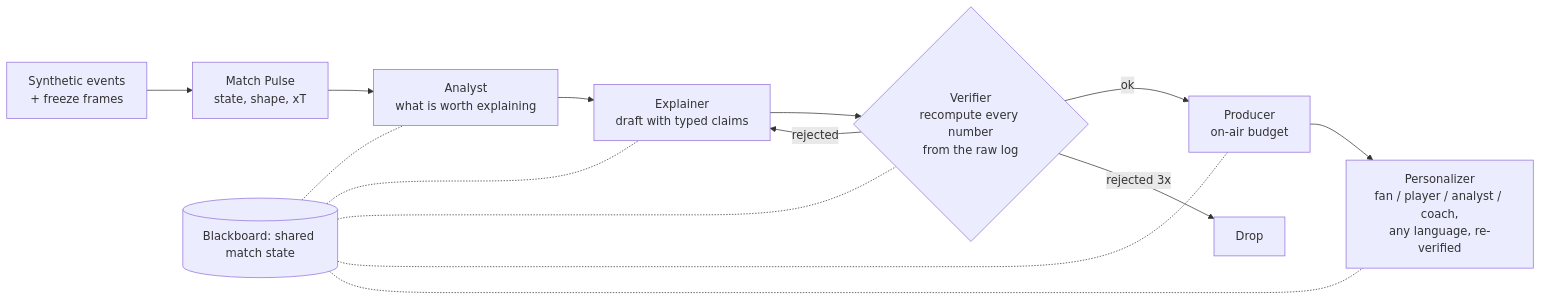
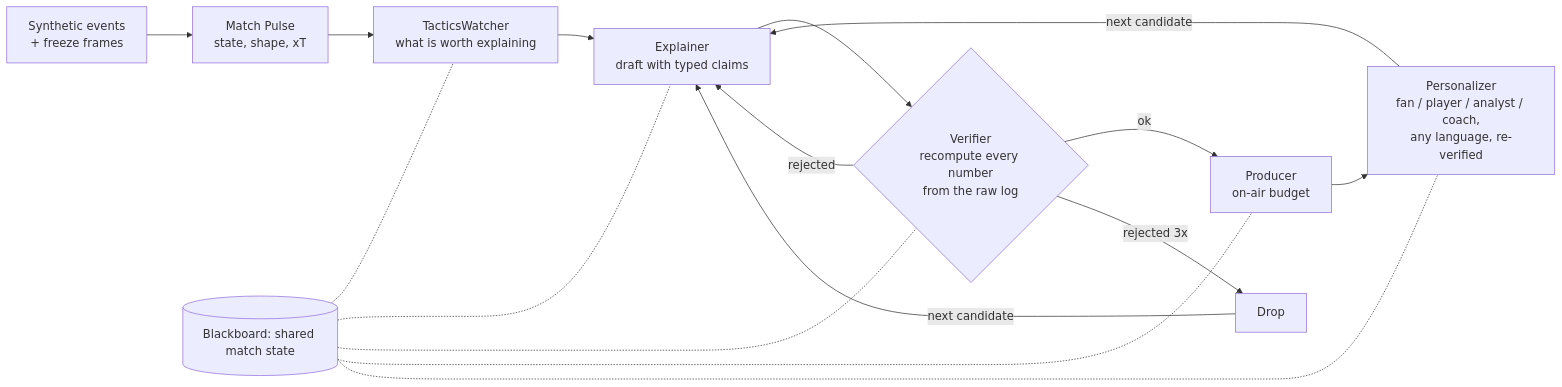
The diagram in README.md (isaacboque/why-it-matters), drawn with Mermaid before and after one commit. The commit also changed other lines of this file and 3 other files, not shown here.

Commit message:
Agent Framework: full graph, TacticsWatcher to Personalizer in one workflow (parity on seeds 0-4) (#27)

````diff
--- a/README.md
+++ b/README.md
@@ -78,12 +78,14 @@
 ```mermaid
 flowchart LR
   E[Synthetic events<br/>+ freeze frames] --> P[Match Pulse<br/>state, shape, xT]
-  P --> A[Analyst<br/>what is worth explaining]
+  P --> A[TacticsWatcher<br/>what is worth explaining]
   A --> X[Explainer<br/>draft with typed claims]
   X --> V{Verifier<br/>recompute every number<br/>from the raw log}
   V -- ok --> R[Producer<br/>on-air budget]
   V -- rejected --> X
   V -- rejected 3x --> D[Drop]
+  D -- next candidate --> X
+  Z -- next candidate --> X
   R --> Z[Personalizer<br/>fan / player / analyst / coach,<br/>any language, re-verified]
   B[(Blackboard: shared match state)] -.- A & X & V & R & Z
 ```
````
